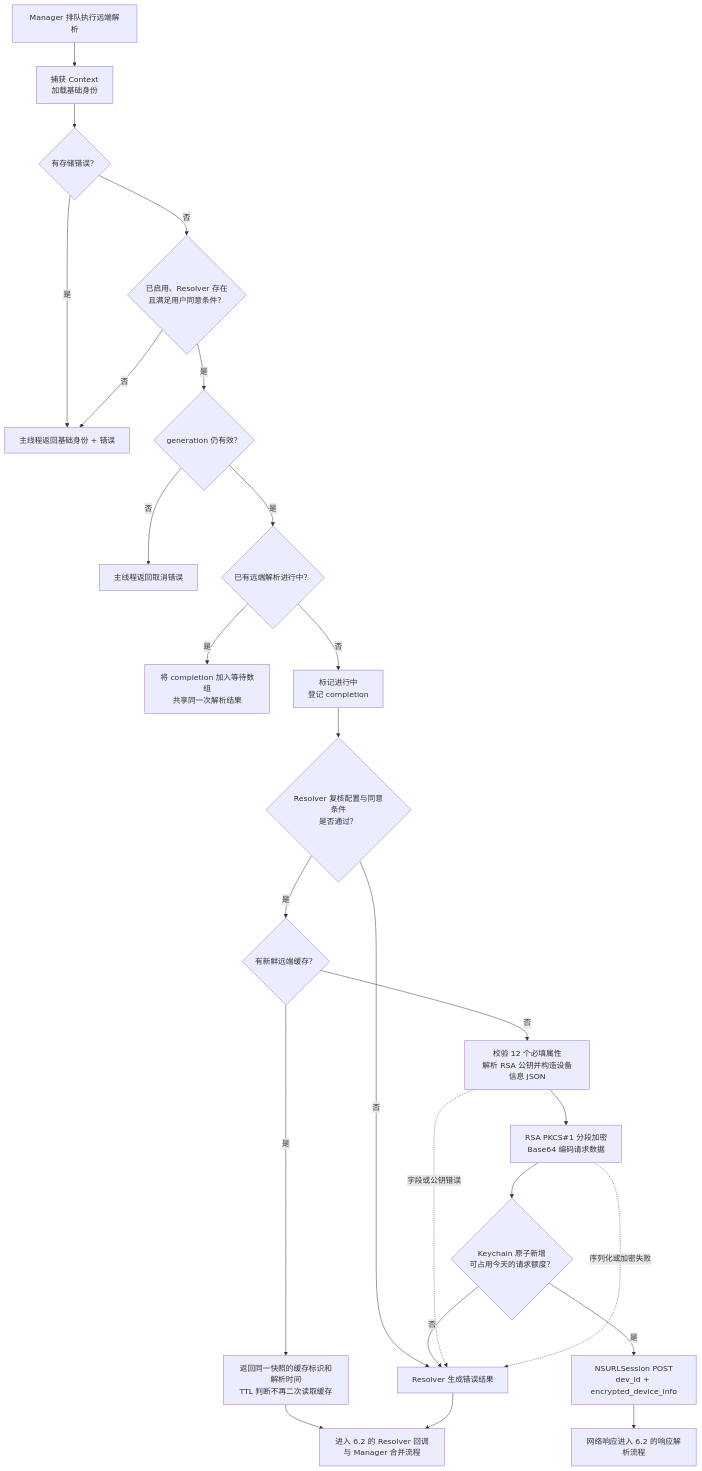
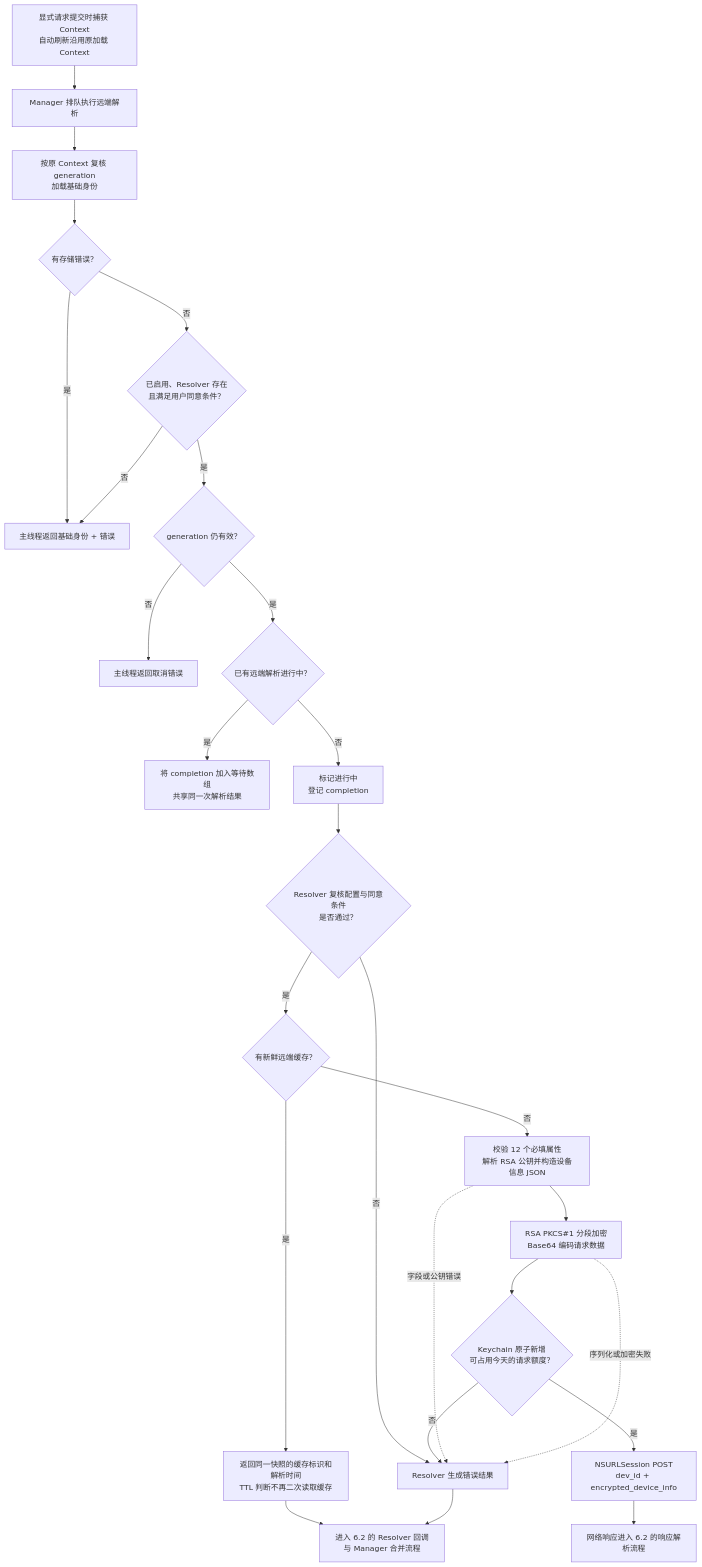
Before and after one commit to shanbozhu/TestOC: the eighth of 14 diagrams in PBCrossAppUniqueDeviceIdentifier/Docs/FeatureFlows.md, drawn with Mermaid. The commit also changed other lines of this file and 5 other files, not shown here.

````diff
--- a/PBCrossAppUniqueDeviceIdentifier/Docs/FeatureFlows.md
+++ b/PBCrossAppUniqueDeviceIdentifier/Docs/FeatureFlows.md
@@ -225,27 +226,28 @@
 ```mermaid
 flowchart TD
-    Start["Manager 排队执行远端解析"] --> Base["捕获 Context<br/>加载基础身份"]
+    Start["显式请求提交时捕获 Context<br/>自动刷新沿用原加载 Context"] --> Queue["Manager 排队执行远端解析"]
+    Queue --> Base["按原 Context 复核 generation<br/>加载基础身份"]
     Base --> Storage{"有存储错误？"}
     Storage -->|是| ReturnError["主线程返回基础身份 + 错误"]
     Storage -->|否| Allowed{"已启用、Resolver 存在<br/>且满足用户同意条件？"}
     Allowed -->|否| ReturnError
     Allowed -->|是| Generation{"generation 仍有效？"}
     Generation -->|否| Cancel["主线程返回取消错误"]
     Generation -->|是| Inflight{"已有远端解析进行中？"}
     Inflight -->|是| Join["将 completion 加入等待数组<br/>共享同一次解析结果"]
     Inflight -->|否| Mark["标记进行中<br/>登记 completion"]
     Mark --> Validate{"Resolver 复核配置与同意条件<br/>是否通过？"}
     Validate -->|否| ResolverError["Resolver 生成错误结果"]
     Validate -->|是| Fresh{"有新鲜远端缓存？"}
     Fresh -->|是| Cached["返回同一快照的缓存标识和解析时间<br/>TTL 判断不再二次读取缓存"]
     Fresh -->|否| Prepare["校验 12 个必填属性<br/>解析 RSA 公钥并构造设备信息 JSON"]
     Prepare --> Encrypt["RSA PKCS#1 分段加密<br/>Base64 编码请求数据"]
     Encrypt --> Limit{"Keychain 原子新增<br/>可占用今天的请求额度？"}
     Limit -->|否| ResolverError
     Limit -->|是| Request["NSURLSession POST<br/>dev_id + encrypted_device_info"]
     Prepare -. "字段或公钥错误" .-> ResolverError
     Encrypt -. "序列化或加密失败" .-> ResolverError
     Cached --> Result["进入 6.2 的 Resolver 回调与 Manager 合并流程"]
     ResolverError --> Result
     Request --> Response["网络响应进入 6.2 的响应解析流程"]
 ```
````
